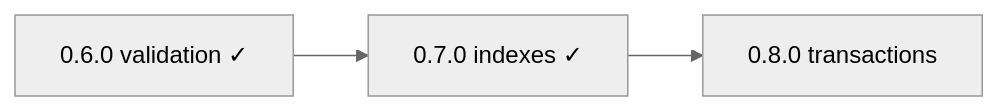
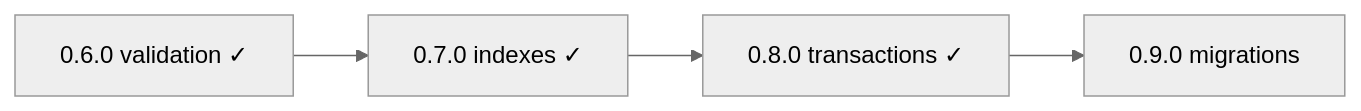
The diagram in ROADMAP.md (eddiethedean/typra), drawn with Mermaid (neutral theme) before and after one commit. The commit also changed other lines of this file and 29 other files, not shown here.

````diff
--- a/ROADMAP.md
+++ b/ROADMAP.md
@@ -46,7 +46,8 @@
 ```mermaid
 flowchart LR
   v060["0.6.0 validation ✓"]
   v070["0.7.0 indexes ✓"]
-  v080["0.8.0 transactions"]
-  v060 --> v070 --> v080
+  v080["0.8.0 transactions ✓"]
+  v090["0.9.0 migrations"]
+  v060 --> v070 --> v080 --> v090
 ```
````
